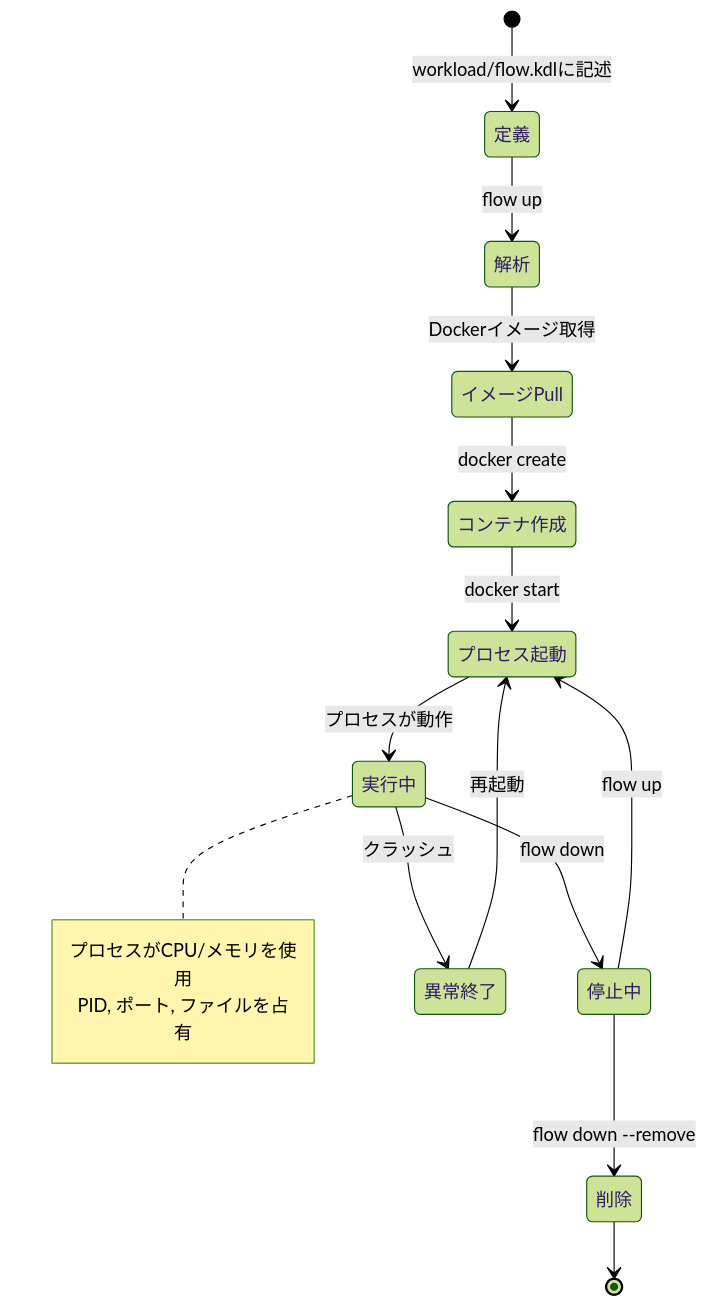
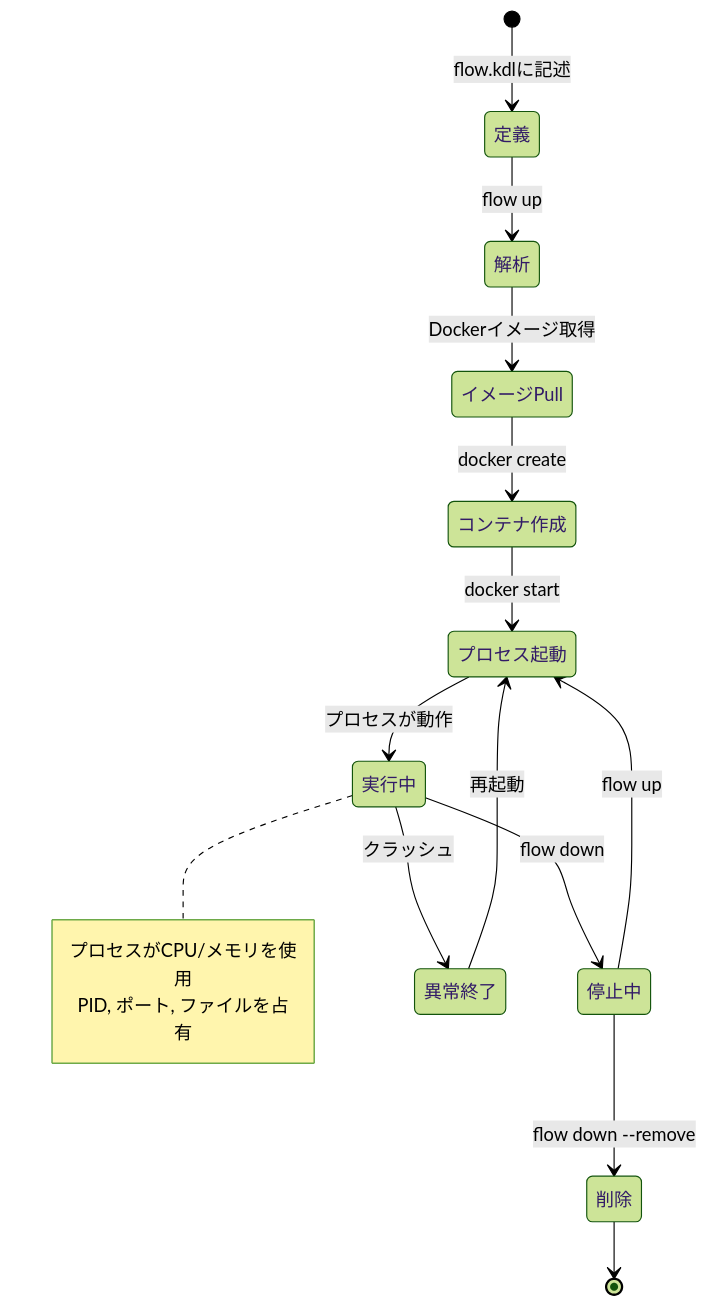
The fourth of 4 diagrams in spec/01-core-concepts.md (chronista-club/fleetflow), drawn with Mermaid (forest theme) before and after one commit. The commit also changed other lines of this file and 9 other files, not shown here.

````diff
--- a/spec/01-core-concepts.md
+++ b/spec/01-core-concepts.md
@@ -84,23 +84,23 @@
 ```mermaid
 stateDiagram-v2
-    [*] --> 定義: workload/flow.kdlに記述
+    [*] --> 定義: flow.kdlに記述
     定義 --> 解析: flow up
     解析 --> イメージPull: Dockerイメージ取得
     イメージPull --> コンテナ作成: docker create
     コンテナ作成 --> プロセス起動: docker start
     プロセス起動 --> 実行中: プロセスが動作
 
     実行中 --> 停止中: flow down
     停止中 --> プロセス起動: flow up
 
     実行中 --> 異常終了: クラッシュ
     異常終了 --> プロセス起動: 再起動
 
     停止中 --> 削除: flow down --remove
     削除 --> [*]
 
     note right of 実行中
         プロセスがCPU/メモリを使用
         PID, ポート, ファイルを占有
     end note
 ```
````
